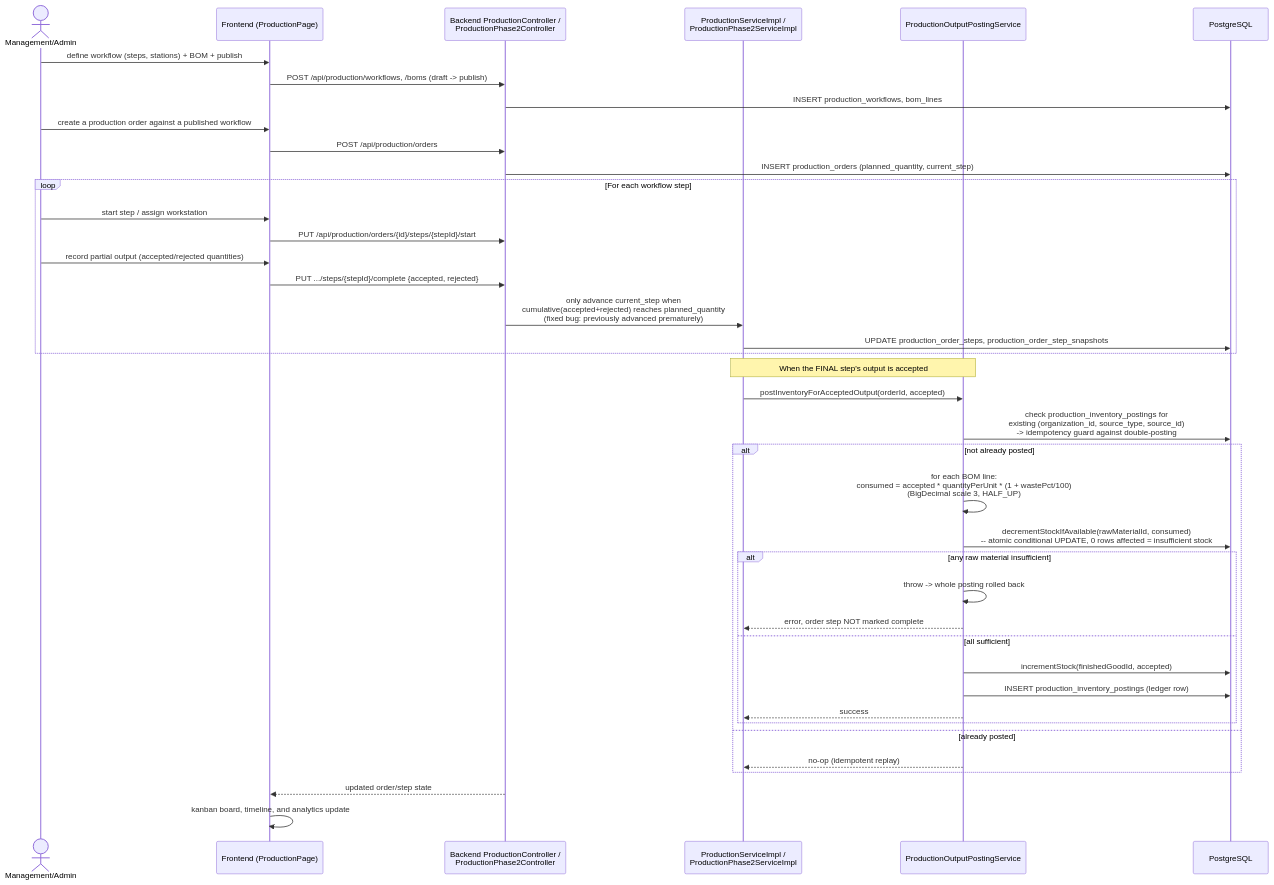
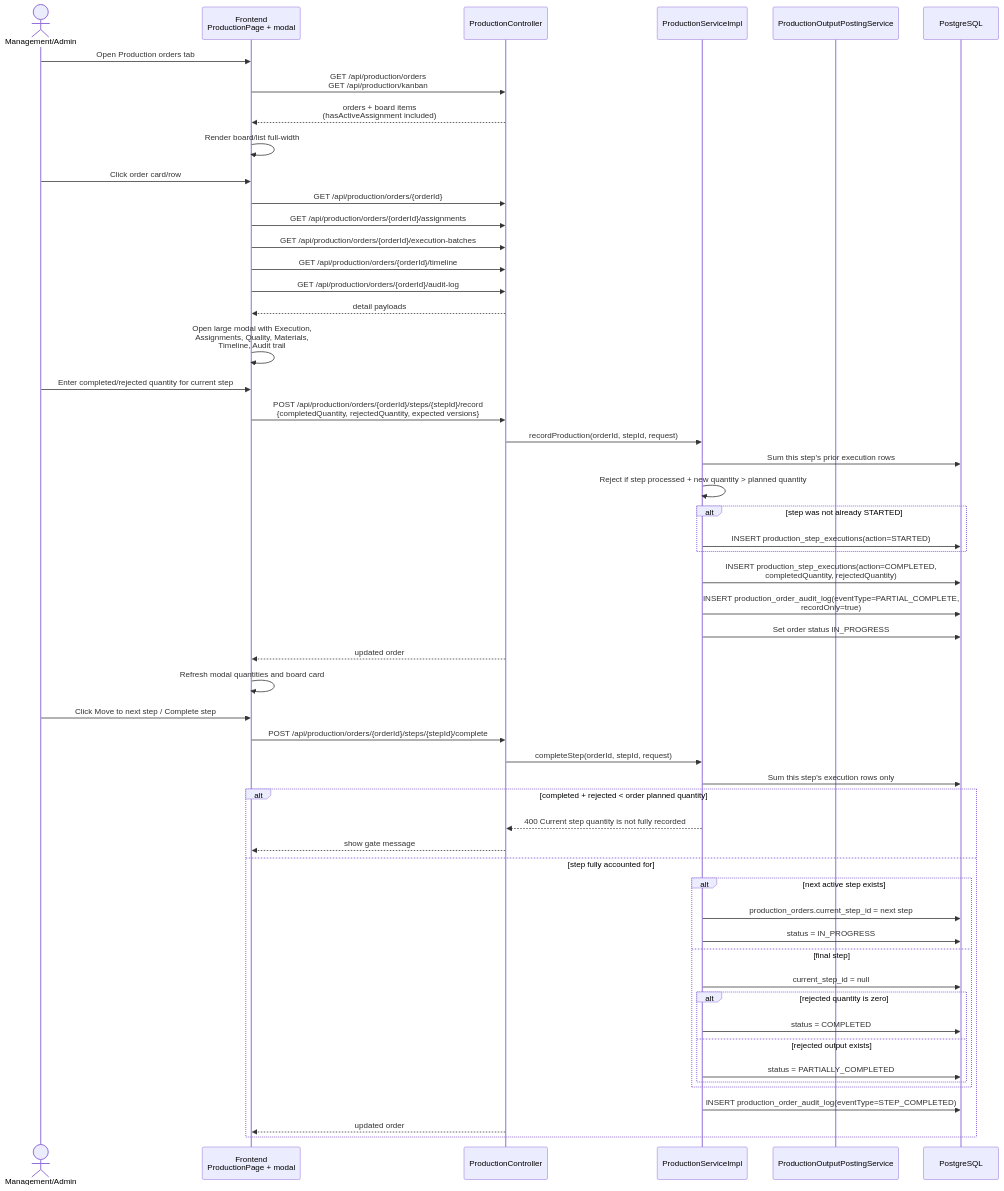
One commit to yashb319/factory1-technical-details changed the first of 3 diagrams in docs/sequence-diagrams/production-order-lifecycle.md. Above: the diagram before and after it, drawn with Mermaid. The commit also changed other lines of this file and 7 other files, not shown here.

````diff
--- a/docs/sequence-diagrams/production-order-lifecycle.md
+++ b/docs/sequence-diagrams/production-order-lifecycle.md
@@ -11,47 +21,60 @@
 ```mermaid
 sequenceDiagram
-    actor M as Management/Admin
-    participant FE as Frontend (ProductionPage)
-    participant API as Backend ProductionController /<br/>ProductionPhase2Controller
-    participant SVC as ProductionServiceImpl /<br/>ProductionPhase2ServiceImpl
+    actor U as Management/Admin
+    participant FE as Frontend<br/>ProductionPage + modal
+    participant API as ProductionController
+    participant SVC as ProductionServiceImpl
     participant POST as ProductionOutputPostingService
     participant DB as PostgreSQL
 
-    M->>FE: define workflow (steps, stations) + BOM + publish
-    FE->>API: POST /api/production/workflows, /boms (draft -> publish)
-    API->>DB: INSERT production_workflows, bom_lines
+    U->>FE: Open Production orders tab
+    FE->>API: GET /api/production/orders<br/>GET /api/production/kanban
+    API-->>FE: orders + board items<br/>(hasActiveAssignment included)
+    FE->>FE: Render board/list full-width
 
-    M->>FE: create a production order against a published workflow
-    FE->>API: POST /api/production/orders
-    API->>DB: INSERT production_orders (planned_quantity, current_step)
+    U->>FE: Click order card/row
+    FE->>API: GET /api/production/orders/{orderId}
+    FE->>API: GET /api/production/orders/{orderId}/assignments
+    FE->>API: GET /api/production/orders/{orderId}/execution-batches
+    FE->>API: GET /api/production/orders/{orderId}/timeline
+    FE->>API: GET /api/production/orders/{orderId}/audit-log
+    API-->>FE: detail payloads
+    FE->>FE: Open large modal with Execution,<br/>Assignments, Quality, Materials,<br/>Timeline, Audit trail
 
-    loop For each workflow step
-        M->>FE: start step / assign workstation
-        FE->>API: PUT /api/production/orders/{id}/steps/{stepId}/start
-        M->>FE: record partial output (accepted/rejected quantities)
-        FE->>API: PUT .../steps/{stepId}/complete {accepted, rejected}
-        API->>SVC: only advance current_step when<br/>cumulative(accepted+rejected) reaches planned_quantity<br/>(fixed bug: previously advanced prematurely)
-        SVC->>DB: UPDATE production_order_steps, production_order_step_snapshots
+    U->>FE: Enter completed/rejected quantity for current step
+    FE->>API: POST /api/production/orders/{orderId}/steps/{stepId}/record<br/>{completedQuantity, rejectedQuantity, expected versions}
+    API->>SVC: recordProduction(orderId, stepId, request)
+    SVC->>DB: Sum this step's prior execution rows
+    SVC->>SVC: Reject if step processed + new quantity > planned quantity
+    alt step was not already STARTED
+        SVC->>DB: INSERT production_step_executions(action=STARTED)
     end
+    SVC->>DB: INSERT production_step_executions(action=COMPLETED,<br/>completedQuantity, rejectedQuantity)
+    SVC->>DB: INSERT production_order_audit_log(eventType=PARTIAL_COMPLETE,<br/>recordOnly=true)
+    SVC->>DB: Set order status IN_PROGRESS
+    API-->>FE: updated order
+    FE->>FE: Refresh modal quantities and board card
 
-    Note over SVC,POST: When the FINAL step's output is accepted
-    SVC->>POST: postInventoryForAcceptedOutput(orderId, accepted)
-    POST->>DB: check production_inventory_postings for<br/>existing (organization_id, source_type, source_id)<br/>-> idempotency guard against double-posting
-    alt not already posted
-        POST->>POST: for each BOM line:<br/>consumed = accepted * quantityPerUnit * (1 + wastePct/100)<br/>(BigDecimal scale 3, HALF_UP)
-        POST->>DB: decrementStockIfAvailable(rawMaterialId, consumed)<br/>-- atomic conditional UPDATE, 0 rows affected = insufficient stock
-        alt any raw material insufficient
-            POST->>POST: throw -> whole posting rolled back
-            POST-->>SVC: error, order step NOT marked complete
-        else all sufficient
-            POST->>DB: incrementStock(finishedGoodId, accepted)
-            POST->>DB: INSERT production_inventory_postings (ledger row)
-            POST-->>SVC: success
+    U->>FE: Click Move to next step / Complete step
+    FE->>API: POST /api/production/orders/{orderId}/steps/{stepId}/complete
+    API->>SVC: completeStep(orderId, stepId, request)
+    SVC->>DB: Sum this step's execution rows only
+    alt completed + rejected < order planned quantity
+        SVC-->>API: 400 Current step quantity is not fully recorded
+        API-->>FE: show gate message
+    else step fully accounted for
+        alt next active step exists
+            SVC->>DB: production_orders.current_step_id = next step
+            SVC->>DB: status = IN_PROGRESS
+        else final step
+            SVC->>DB: current_step_id = null
+            alt rejected quantity is zero
+                SVC->>DB: status = COMPLETED
+            else rejected output exists
+                SVC->>DB: status = PARTIALLY_COMPLETED
+            end
         end
-    else already posted
-        POST-->>SVC: no-op (idempotent replay)
+        SVC->>DB: INSERT production_order_audit_log(eventType=STEP_COMPLETED)
+        API-->>FE: updated order
     end
-
-    API-->>FE: updated order/step state
-    FE->>FE: kanban board, timeline, and analytics update
 ```
````
